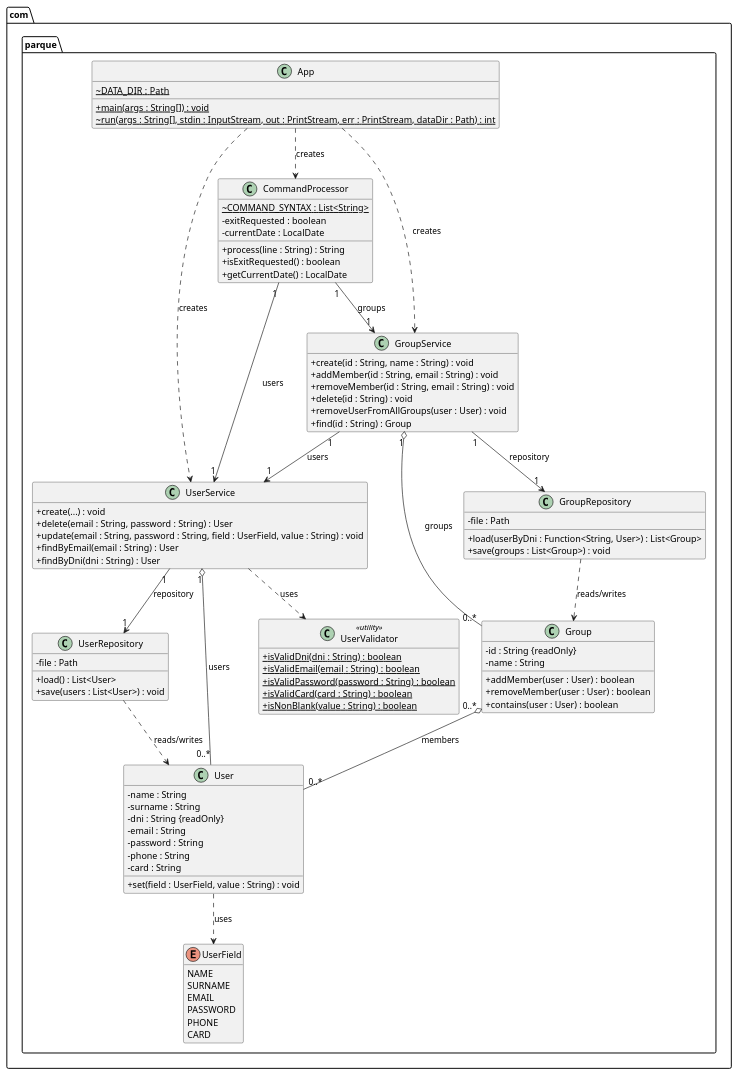
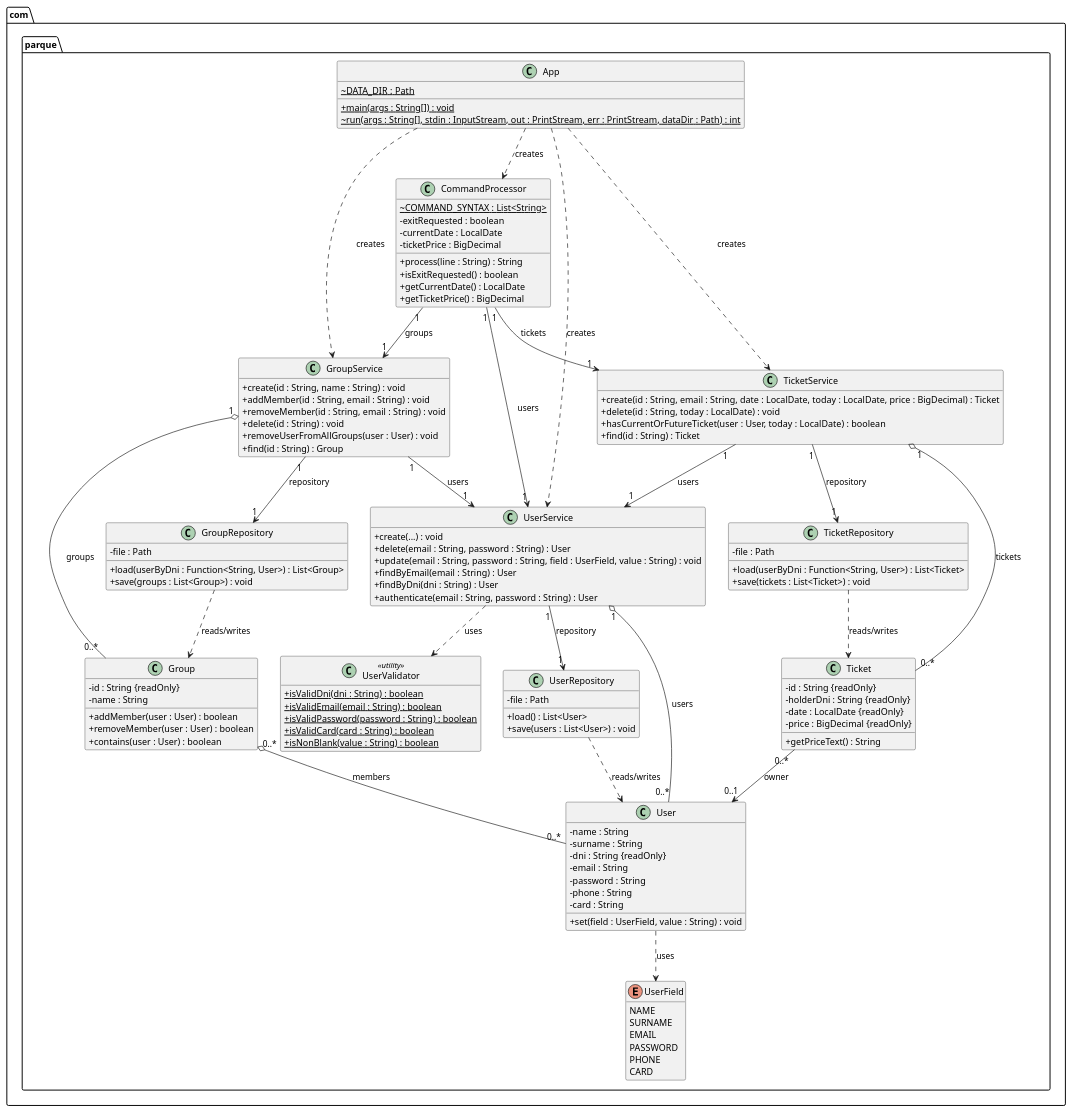
The diagram in uml/model.puml (skai-upm/caise27), drawn with PlantUML before and after one commit. The commit also changed 27 other files, not shown here.

```diff
--- a/uml/model.puml
+++ b/uml/model.puml
@@ -1,104 +1,135 @@
 @startuml model
 ' Class model of the amusement-park application (package com.parque)
 hide empty members
 skinparam classAttributeIconSize 0
 
 package com.parque {
 
   class App {
     {static} ~DATA_DIR : Path
     {static} +main(args : String[]) : void
     {static} ~run(args : String[], stdin : InputStream, out : PrintStream, err : PrintStream, dataDir : Path) : int
   }
 
   class CommandProcessor {
     {static} ~COMMAND_SYNTAX : List<String>
     -exitRequested : boolean
     -currentDate : LocalDate
+    -ticketPrice : BigDecimal
     +process(line : String) : String
     +isExitRequested() : boolean
     +getCurrentDate() : LocalDate
+    +getTicketPrice() : BigDecimal
   }
 
   class User {
     -name : String
     -surname : String
     -dni : String {readOnly}
     -email : String
     -password : String
     -phone : String
     -card : String
     +set(field : UserField, value : String) : void
   }
 
   enum UserField {
     NAME
     SURNAME
     EMAIL
     PASSWORD
     PHONE
     CARD
   }
 
   class UserValidator <<utility>> {
     {static} +isValidDni(dni : String) : boolean
     {static} +isValidEmail(email : String) : boolean
     {static} +isValidPassword(password : String) : boolean
     {static} +isValidCard(card : String) : boolean
     {static} +isNonBlank(value : String) : boolean
   }
 
   class UserService {
     +create(...) : void
     +delete(email : String, password : String) : User
     +update(email : String, password : String, field : UserField, value : String) : void
     +findByEmail(email : String) : User
     +findByDni(dni : String) : User
+    +authenticate(email : String, password : String) : User
   }
 
   class UserRepository {
     -file : Path
     +load() : List<User>
     +save(users : List<User>) : void
   }
 
   class Group {
     -id : String {readOnly}
     -name : String
     +addMember(user : User) : boolean
     +removeMember(user : User) : boolean
     +contains(user : User) : boolean
   }
 
   class GroupService {
     +create(id : String, name : String) : void
     +addMember(id : String, email : String) : void
     +removeMember(id : String, email : String) : void
     +delete(id : String) : void
     +removeUserFromAllGroups(user : User) : void
     +find(id : String) : Group
   }
 
   class GroupRepository {
     -file : Path
     +load(userByDni : Function<String, User>) : List<Group>
     +save(groups : List<Group>) : void
   }
+
+  class Ticket {
+    -id : String {readOnly}
+    -holderDni : String {readOnly}
+    -date : LocalDate {readOnly}
+    -price : BigDecimal {readOnly}
+    +getPriceText() : String
+  }
+
+  class TicketService {
+    +create(id : String, email : String, date : LocalDate, today : LocalDate, price : BigDecimal) : Ticket
+    +delete(id : String, today : LocalDate) : void
+    +hasCurrentOrFutureTicket(user : User, today : LocalDate) : boolean
+    +find(id : String) : Ticket
+  }
+
+  class TicketRepository {
+    -file : Path
+    +load(userByDni : Function<String, User>) : List<Ticket>
+    +save(tickets : List<Ticket>) : void
+  }
 }
 
 App ..> CommandProcessor : creates
 App ..> UserService : creates
 App ..> GroupService : creates
+App ..> TicketService : creates
 CommandProcessor "1" --> "1" UserService : users
 CommandProcessor "1" --> "1" GroupService : groups
+CommandProcessor "1" --> "1" TicketService : tickets
 UserService "1" --> "1" UserRepository : repository
 UserService "1" o-- "0..*" User : users
 UserService ..> UserValidator : uses
 User ..> UserField : uses
 GroupService "1" --> "1" GroupRepository : repository
 GroupService "1" --> "1" UserService : users
 GroupService "1" o-- "0..*" Group : groups
 Group "0..*" o-- "0..*" User : members
 UserRepository ..> User : reads/writes
 GroupRepository ..> Group : reads/writes
+TicketService "1" --> "1" TicketRepository : repository
+TicketService "1" --> "1" UserService : users
+TicketService "1" o-- "0..*" Ticket : tickets
+Ticket "0..*" --> "0..1" User : owner
+TicketRepository ..> Ticket : reads/writes
 @enduml
```
